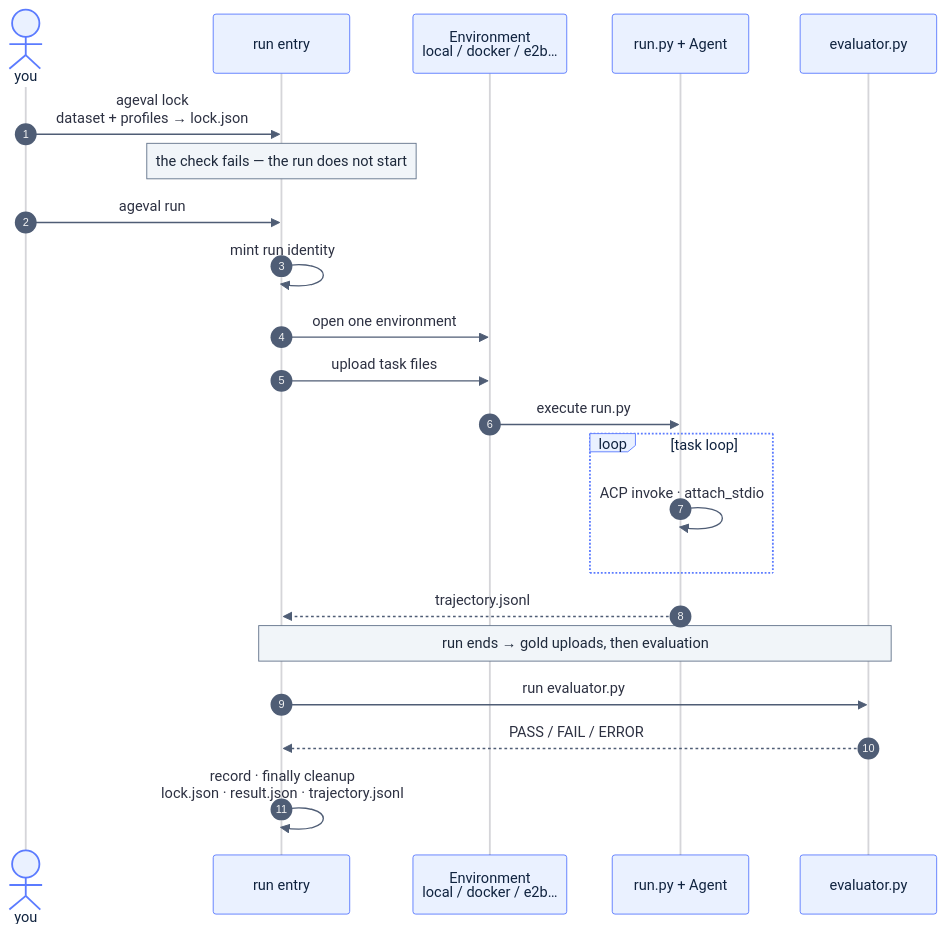
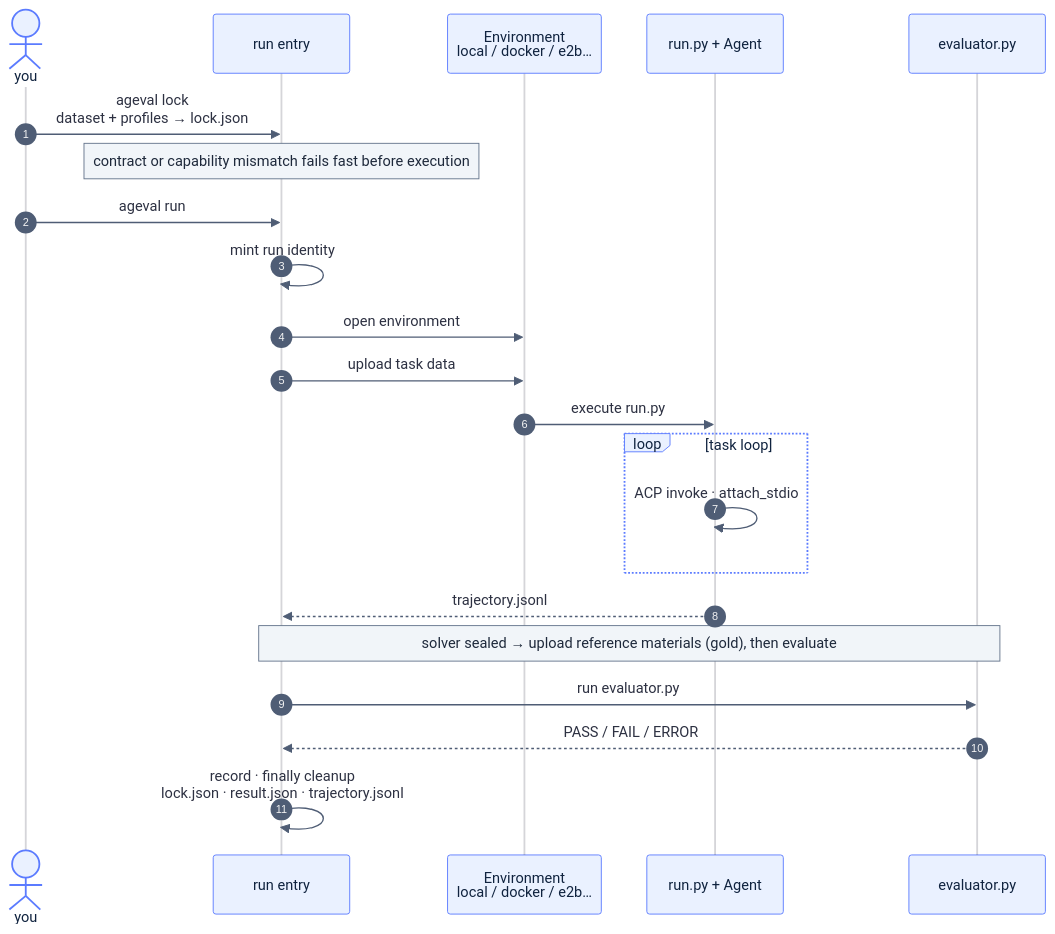
Before and after one commit to ZJU-REAL/ageval: the diagram in README.md, drawn with Mermaid. The commit also changed other lines of this file and 37 other files, not shown here.

````diff
--- a/README.md
+++ b/README.md
@@ -171,26 +169,26 @@
 ```mermaid
 %%{init: {"theme":"base","themeVariables":{"actorBkg":"#eaf1ff","actorBorder":"#5B7BFF","actorTextColor":"#10233f","actorLineColor":"rgba(45,49,66,0.2)","signalColor":"#4f5d75","signalTextColor":"#2d3142","labelBoxBkgColor":"#eaf1ff","labelBoxBorderColor":"#5B7BFF","labelTextColor":"#10233f","noteBkgColor":"#f1f5f9","noteBorderColor":"#64748b","noteTextColor":"#1e293b"}}}%%
 sequenceDiagram
     autonumber
     actor u as you
     participant r as run entry
     participant e as Environment<br/>local / docker / e2b…
     participant t as run.py + Agent
     participant v as evaluator.py
 
     u->>r: ageval lock<br/>dataset + profiles → lock.json
-    Note over r: the check fails — the run does not start
+    Note over r: contract or capability mismatch fails fast before execution
     u->>r: ageval run
     r->>r: mint run identity
-    r->>e: open one environment
-    r->>e: upload task files
+    r->>e: open environment
+    r->>e: upload task data
     e->>t: execute run.py
     loop task loop
         t->>t: ACP invoke · attach_stdio
     end
     t-->>r: trajectory.jsonl
-    Note over r,v: run ends → gold uploads, then evaluation
+    Note over r,v: solver sealed → upload reference materials (gold), then evaluate
     r->>v: run evaluator.py
     v-->>r: PASS / FAIL / ERROR
     r->>r: record · finally cleanup<br/>lock.json · result.json · trajectory.jsonl
 ```
````
